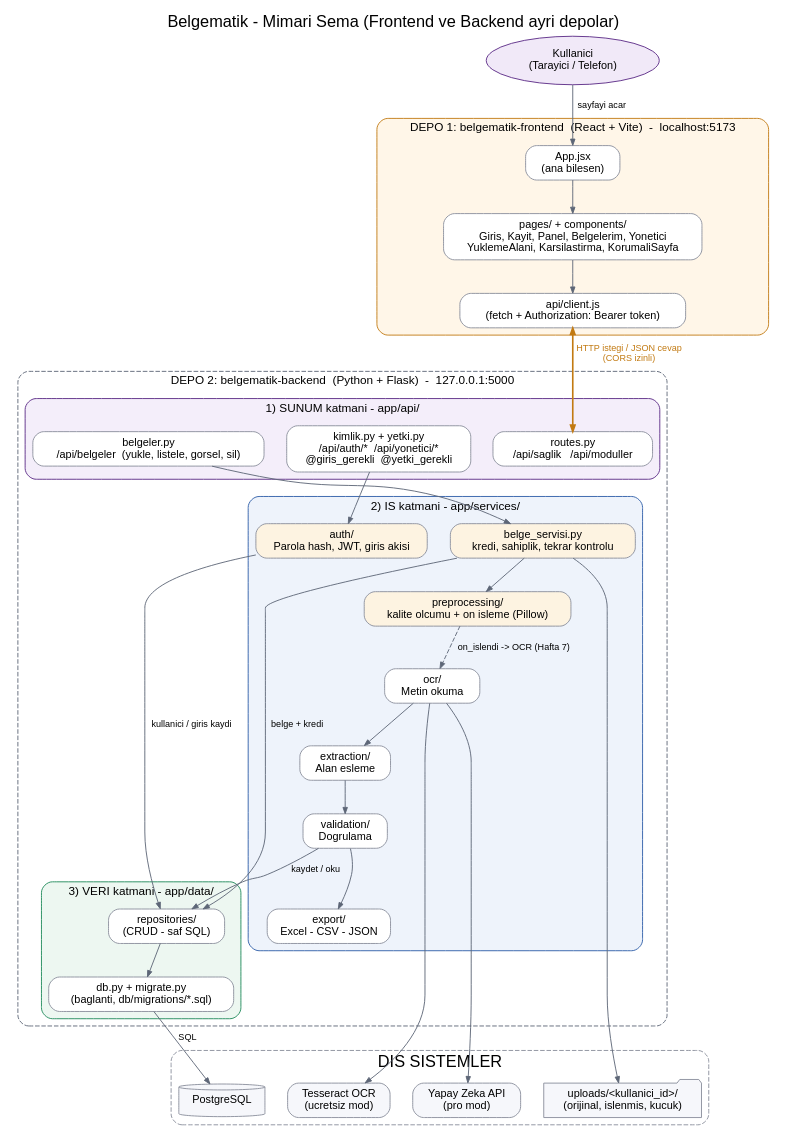
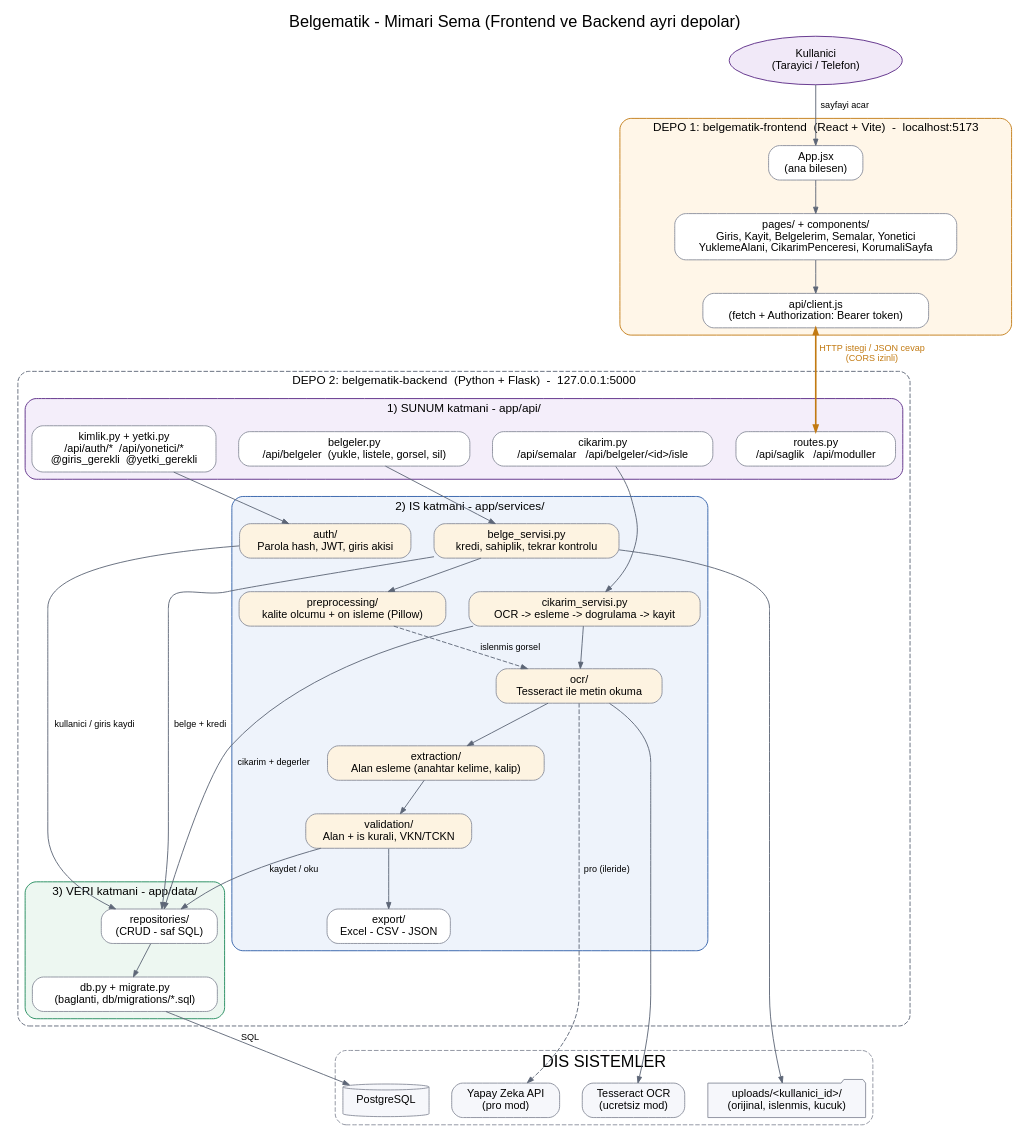
Before and after one commit to hasankamiloglu/belgematik-backend: the diagram in docs/mimari-sema.dot, drawn with Graphviz. The commit also changed 30 other files, not shown here.

Commit message:
Hafta 7: OCR, alan esleme, dogrulama kurallari, sema tanimi

```diff
--- a/docs/mimari-sema.dot
+++ b/docs/mimari-sema.dot
@@ -1,67 +1,72 @@
 digraph Mimari {
   rankdir=TB; bgcolor="white"; fontname="Helvetica"; nodesep=0.35; ranksep=0.5; compound=true;
   node [shape=box, style="rounded,filled", fontname="Helvetica", fontsize=12, color="#8a8f9c", fillcolor="white", margin="0.18,0.08"];
   edge [color="#5d6677", fontname="Helvetica", fontsize=10, arrowsize=0.7];
   label="Belgematik - Mimari Sema (Frontend ve Backend ayri depolar)"; labelloc=t; fontsize=18;
 
   kullanici [label="Kullanici\n(Tarayici / Telefon)", shape=ellipse, fillcolor="#f1e9f8", color="#5b2a86"];
 
   subgraph cluster_fe {
     label="DEPO 1: belgematik-frontend  (React + Vite)  -  localhost:5173";
     style="rounded,filled"; fillcolor="#fff6e8"; color="#c27a12"; fontsize=13;
     app_jsx [label="App.jsx\n(ana bilesen)"];
-    comps [label="pages/ + components/\nGiris, Kayit, Panel, Belgelerim, Yonetici\nYuklemeAlani, Karsilastirma, KorumaliSayfa"];
+    comps [label="pages/ + components/\nGiris, Kayit, Belgelerim, Semalar, Yonetici\nYuklemeAlani, CikarimPenceresi, KorumaliSayfa"];
     client [label="api/client.js\n(fetch + Authorization: Bearer token)"];
     app_jsx -> comps -> client;
   }
 
   subgraph cluster_be {
     label="DEPO 2: belgematik-backend  (Python + Flask)  -  127.0.0.1:5000";
     style="rounded,dashed"; color="#5d6677"; fontsize=13;
     subgraph cluster_api {
       label="1) SUNUM katmani - app/api/"; style="rounded,filled"; fillcolor="#f4eefa"; color="#5b2a86";
       routes [label="routes.py\n/api/saglik   /api/moduller"];
       belge_api [label="belgeler.py\n/api/belgeler  (yukle, listele, gorsel, sil)"];
+      cikarim_api [label="cikarim.py\n/api/semalar   /api/belgeler/<id>/isle"];
       kimlik_api [label="kimlik.py + yetki.py\n/api/auth/*  /api/yonetici/*\n@giris_gerekli  @yetki_gerekli"];
     }
     subgraph cluster_is {
       label="2) IS katmani - app/services/"; style="rounded,filled"; fillcolor="#eef3fb"; color="#2f5ea8";
       auth [label="auth/\nParola hash, JWT, giris akisi", fillcolor="#fdf3e1"];
       belge_srv [label="belge_servisi.py\nkredi, sahiplik, tekrar kontrolu", fillcolor="#fdf3e1"];
       prep [label="preprocessing/\nkalite olcumu + on isleme (Pillow)", fillcolor="#fdf3e1"];
-      ocr [label="ocr/\nMetin okuma"];
-      extraction [label="extraction/\nAlan esleme"];
-      validation [label="validation/\nDogrulama"];
+      cikarim_srv [label="cikarim_servisi.py\nOCR -> esleme -> dogrulama -> kayit", fillcolor="#fdf3e1"];
+      ocr [label="ocr/\nTesseract ile metin okuma", fillcolor="#fdf3e1"];
+      extraction [label="extraction/\nAlan esleme (anahtar kelime, kalip)", fillcolor="#fdf3e1"];
+      validation [label="validation/\nAlan + is kurali, VKN/TCKN", fillcolor="#fdf3e1"];
       export [label="export/\nExcel - CSV - JSON"];
       ocr -> extraction -> validation -> export;
     }
     subgraph cluster_veri {
       label="3) VERI katmani - app/data/"; style="rounded,filled"; fillcolor="#edf7f1"; color="#1f8a5b";
       repos [label="repositories/\n(CRUD - saf SQL)"];
       models [label="db.py + migrate.py\n(baglanti, db/migrations/*.sql)"];
       repos -> models;
     }
   }
 
   subgraph cluster_dis {
     label="DIS SISTEMLER"; style="rounded,dashed"; color="#8a8f9c";
     pg [label="PostgreSQL", shape=cylinder, fillcolor="#f6f7fb"];
     disk [label="uploads/<kullanici_id>/\n(orijinal, islenmis, kucuk)", shape=folder, fillcolor="#f6f7fb"];
     tess [label="Tesseract OCR\n(ucretsiz mod)", fillcolor="#f6f7fb"];
     llm [label="Yapay Zeka API\n(pro mod)", fillcolor="#f6f7fb"];
   }
 
   kullanici -> app_jsx [label=" sayfayi acar"];
   client -> routes [label=" HTTP istegi / JSON cevap\n (CORS izinli)", color="#c27a12", fontcolor="#c27a12", penwidth=1.8, dir=both];
   belge_api -> belge_srv;
   belge_srv -> prep;
-  prep -> ocr [label=" on_islendi -> OCR (Hafta 7)", style=dashed];
+  prep -> ocr [label=" islenmis gorsel", style=dashed];
+  cikarim_api -> cikarim_srv;
+  cikarim_srv -> ocr;
+  cikarim_srv -> repos [label=" cikarim + degerler"];
   belge_srv -> repos [label=" belge + kredi"];
   belge_srv -> disk;
   kimlik_api -> auth;
   auth -> repos [label=" kullanici / giris kaydi"];
   validation -> repos [label=" kaydet / oku"];
   models -> pg [label=" SQL"];
   ocr -> tess;
-  ocr -> llm;
+  ocr -> llm [style=dashed, label=" pro (ileride)"];
 }
```
